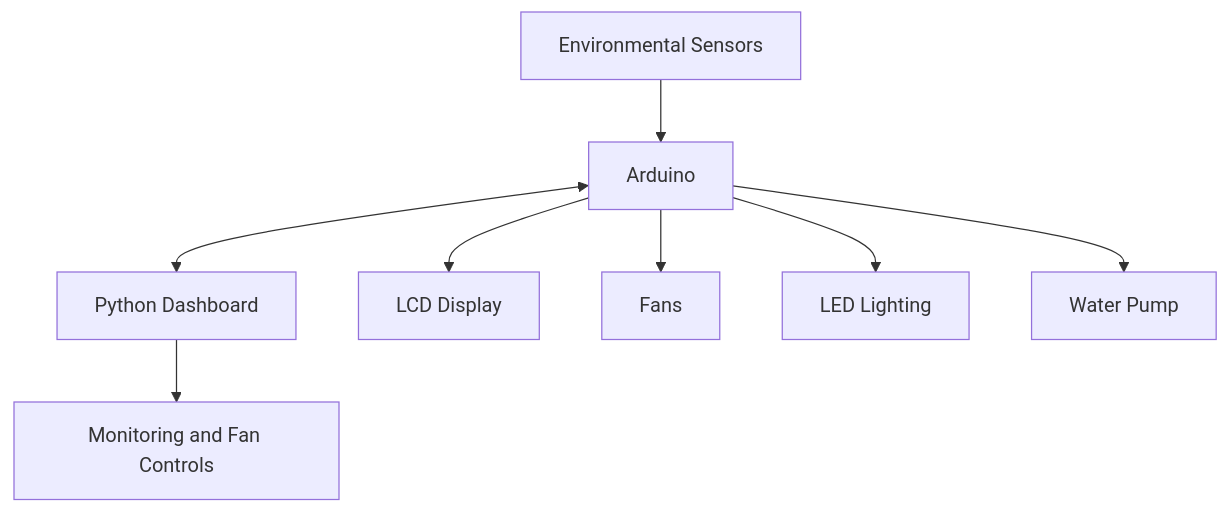
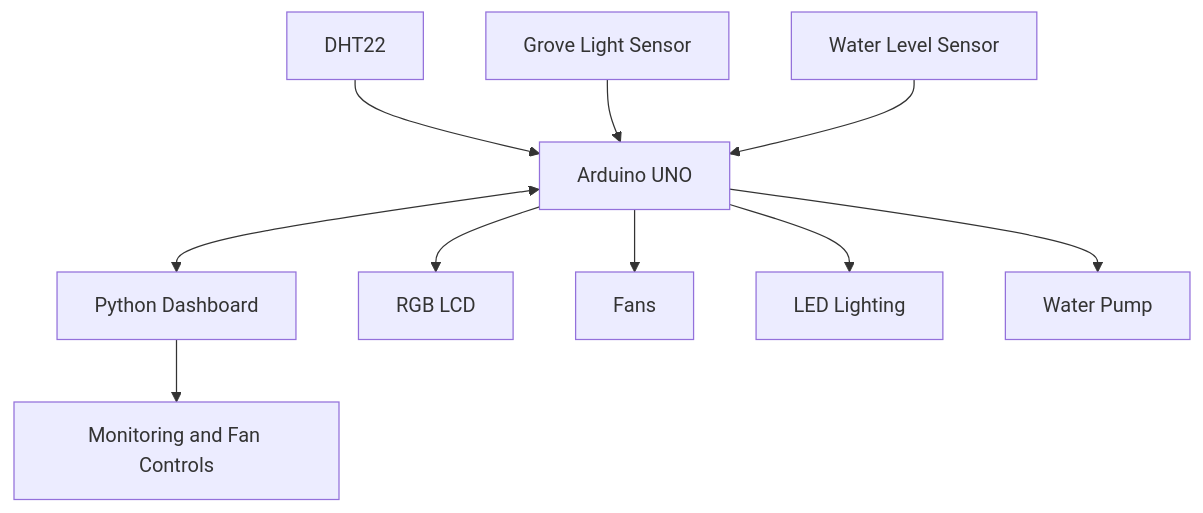
The diagram in README.md (Touka-Juini/smart-greenhouse), drawn with Mermaid before and after one commit. The commit also changed other lines of this file, not shown here.

````diff
--- a/README.md
+++ b/README.md
@@ -18,10 +30,12 @@
 ```mermaid
 flowchart TD
-    A[Environmental Sensors] --> B[Arduino]
-    B <--> C[Python Dashboard]
-    B --> D[LCD Display]
-    B --> E[Fans]
-    B --> F[LED Lighting]
-    B --> G[Water Pump]
-    C --> H[Monitoring and Fan Controls]
+    A[DHT22] --> E[Arduino UNO]
+    B[Grove Light Sensor] --> E
+    C[Water Level Sensor] --> E
+    E <--> F[Python Dashboard]
+    E --> G[RGB LCD]
+    E --> H[Fans]
+    E --> I[LED Lighting]
+    E --> J[Water Pump]
+    F --> K[Monitoring and Fan Controls]
 ```
````
